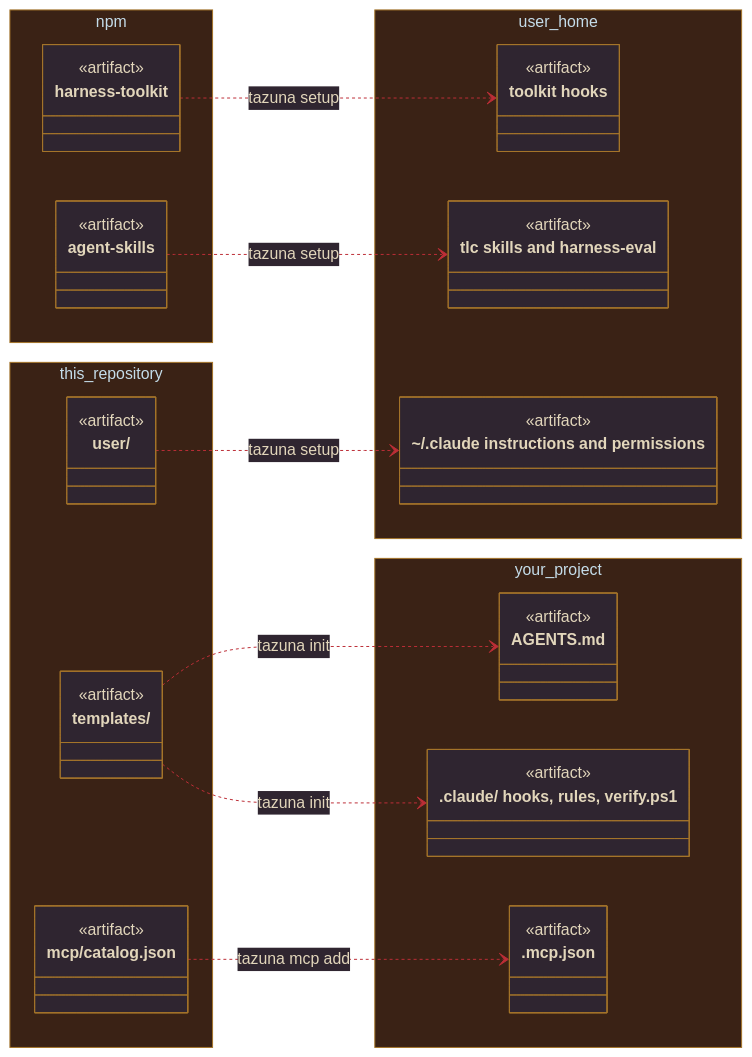
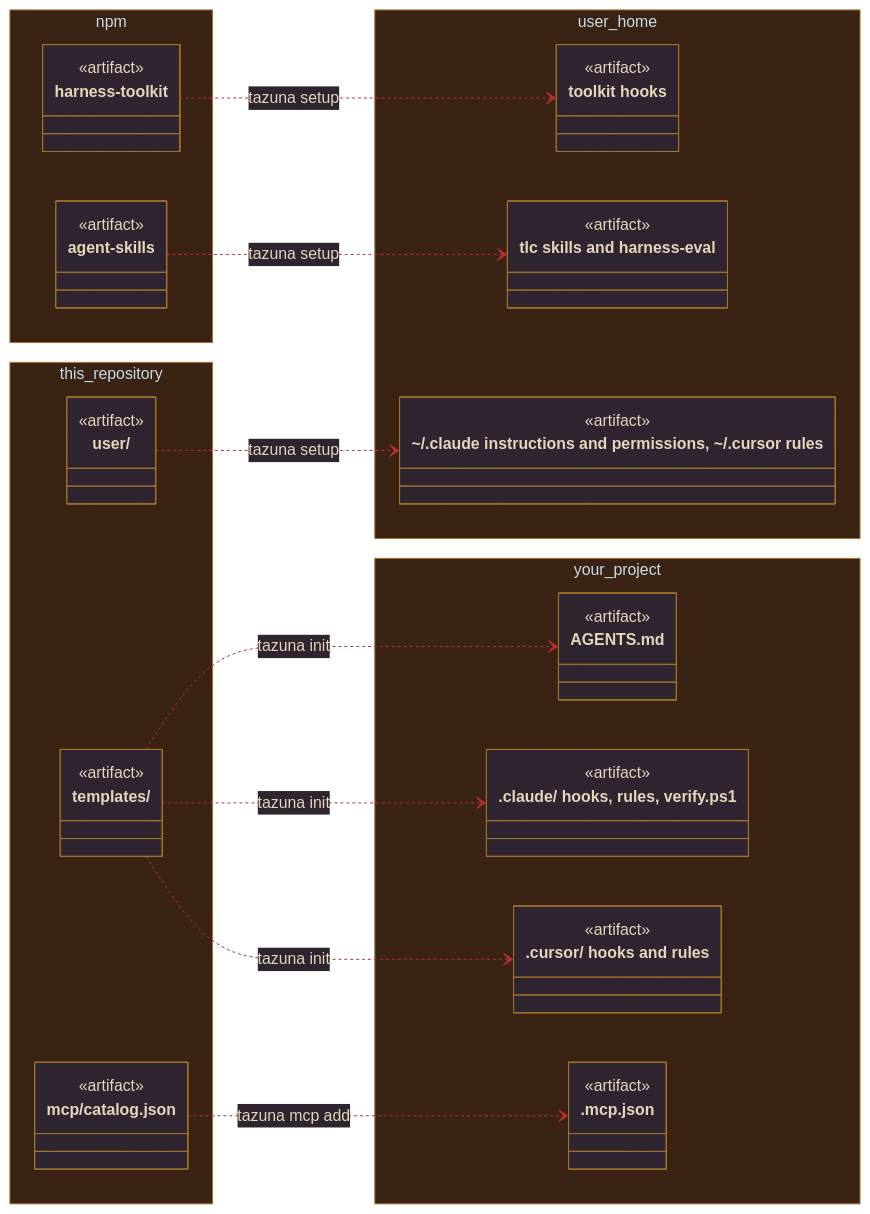
One commit to AlfredoNeeto/tazuna changed the third of 4 diagrams in README.md. Above: the diagram before and after it, drawn with Mermaid. The commit also changed other lines of this file and 2 other files, not shown here.

First line of the commit message:
docs(readme): name Cursor beside Claude Code and plain the prose

````diff
--- a/README.md
+++ b/README.md
@@ -184,30 +184,32 @@
 ```mermaid
 %%{init: {'theme': 'base', 'themeVariables': {'primaryColor': '#2f2530', 'primaryTextColor': '#e2d6bb', 'primaryBorderColor': '#a5752a', 'lineColor': '#bd2e37', 'secondaryColor': '#7f1721', 'tertiaryColor': '#3a2215', 'clusterBkg': '#3a2215', 'clusterBorder': '#a5752a', 'edgeLabelBackground': '#3e0c13', 'fontFamily': 'Georgia, serif'}}}%%
 classDiagram
     direction LR
     namespace this_repository {
         class user["user/"] { <<artifact>> }
         class templates["templates/"] { <<artifact>> }
         class catalog["mcp/catalog.json"] { <<artifact>> }
     }
     namespace npm {
         class toolkit["harness-toolkit"] { <<artifact>> }
         class agentskills["agent-skills"] { <<artifact>> }
     }
     namespace user_home {
-        class instructions["~/.claude instructions and permissions"] { <<artifact>> }
+        class instructions["~/.claude instructions and permissions, ~/.cursor rules"] { <<artifact>> }
         class floor["toolkit hooks"] { <<artifact>> }
         class skills["tlc skills and harness-eval"] { <<artifact>> }
     }
     namespace your_project {
         class agents["AGENTS.md"] { <<artifact>> }
         class claude[".claude/ hooks, rules, verify.ps1"] { <<artifact>> }
+        class cursor[".cursor/ hooks and rules"] { <<artifact>> }
         class mcpjson[".mcp.json"] { <<artifact>> }
     }
     user ..> instructions : tazuna setup
     toolkit ..> floor : tazuna setup
     agentskills ..> skills : tazuna setup
     templates ..> agents : tazuna init
     templates ..> claude : tazuna init
+    templates ..> cursor : tazuna init
     catalog ..> mcpjson : tazuna mcp add
 ```
````
